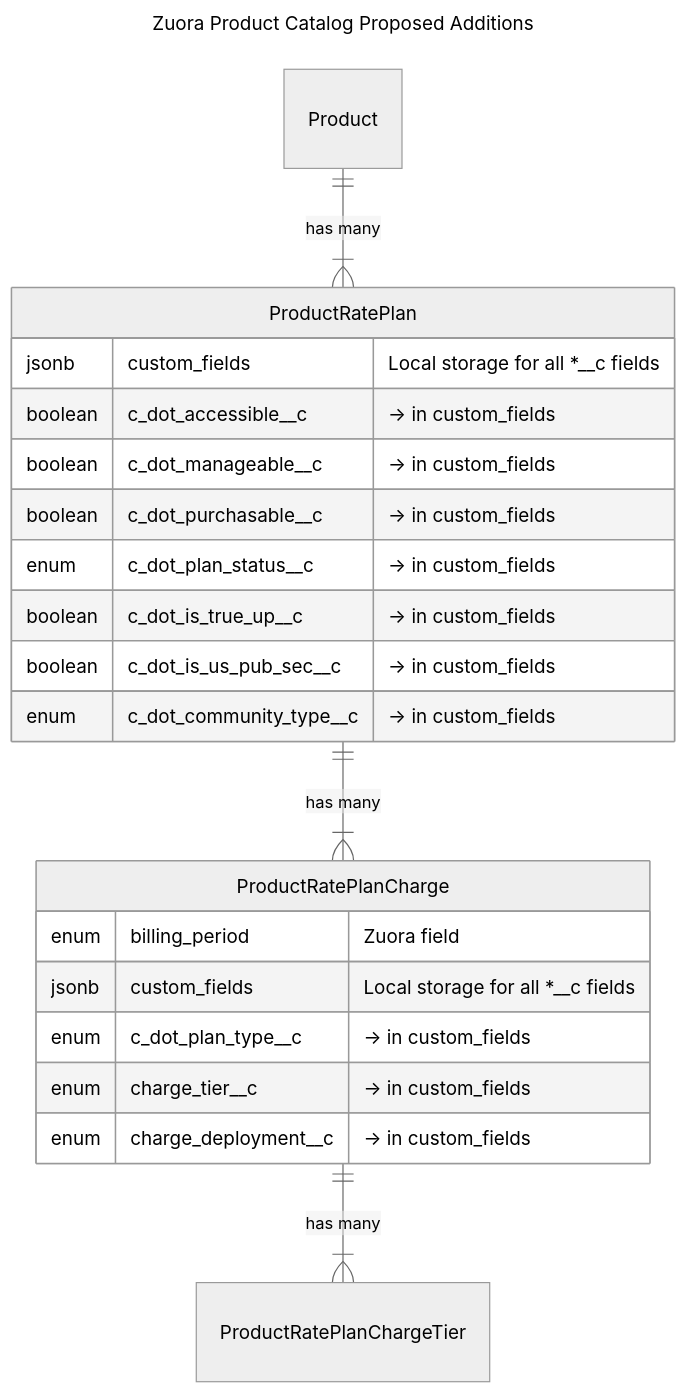
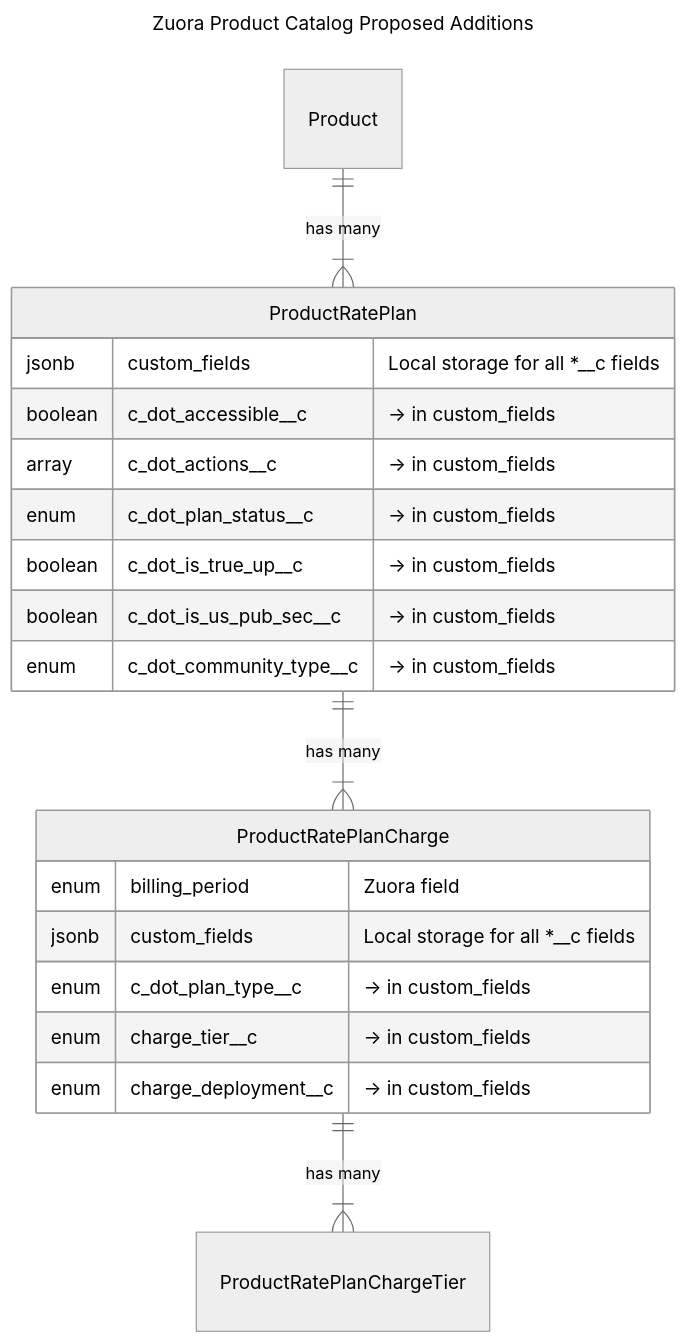
Before and after one commit to zalyoung/gitlab-handbook: the second of 2 diagrams in content/handbook/engineering/architecture/design-documents/cdot_plan_managment/_index.md, drawn with Mermaid (neutral theme). The commit also changed other lines of this file, not shown here.

First line of the commit message:
Consolidate plan action fields into CDotActions__c multiselect

````diff
--- a/content/handbook/engineering/architecture/design-documents/cdot_plan_managment/_index.md
+++ b/content/handbook/engineering/architecture/design-documents/cdot_plan_managment/_index.md
@@ -80,30 +80,29 @@
 ```mermaid
 ---
 title: Zuora Product Catalog Proposed Additions
 ---
 erDiagram
   "Product" ||--|{ "ProductRatePlan" : "has many"
   "ProductRatePlan" ||--|{ "ProductRatePlanCharge" : "has many"
   "ProductRatePlanCharge" ||--|{ "ProductRatePlanChargeTier" : "has many"
 
   "ProductRatePlan" {
     jsonb custom_fields "Local storage for all *__c fields"
     %% Fields stored within custom_fields JSONB:
     boolean c_dot_accessible__c "→ in custom_fields"
-    boolean c_dot_manageable__c "→ in custom_fields"
-    boolean c_dot_purchasable__c "→ in custom_fields"
+    array c_dot_actions__c "→ in custom_fields"
     enum c_dot_plan_status__c "→ in custom_fields"
     boolean c_dot_is_true_up__c "→ in custom_fields"
     boolean c_dot_is_us_pub_sec__c "→ in custom_fields"
     enum c_dot_community_type__c "→ in custom_fields"
   }
 
   "ProductRatePlanCharge" {
     enum billing_period "Zuora field"
     jsonb custom_fields "Local storage for all *__c fields"
     %% Fields stored within custom_fields JSONB:
     enum c_dot_plan_type__c "→ in custom_fields"
     enum charge_tier__c "→ in custom_fields"
     enum charge_deployment__c "→ in custom_fields"
   }
 ```
````
